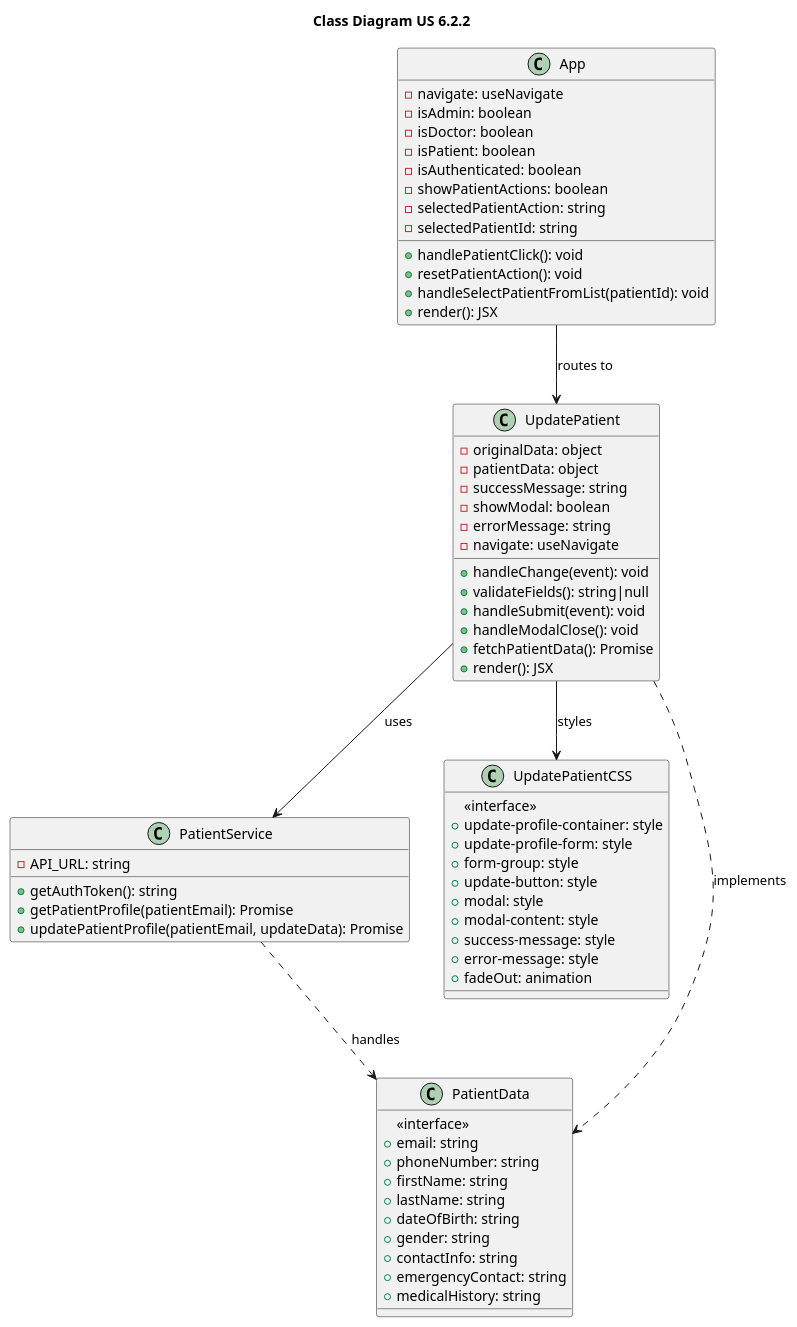
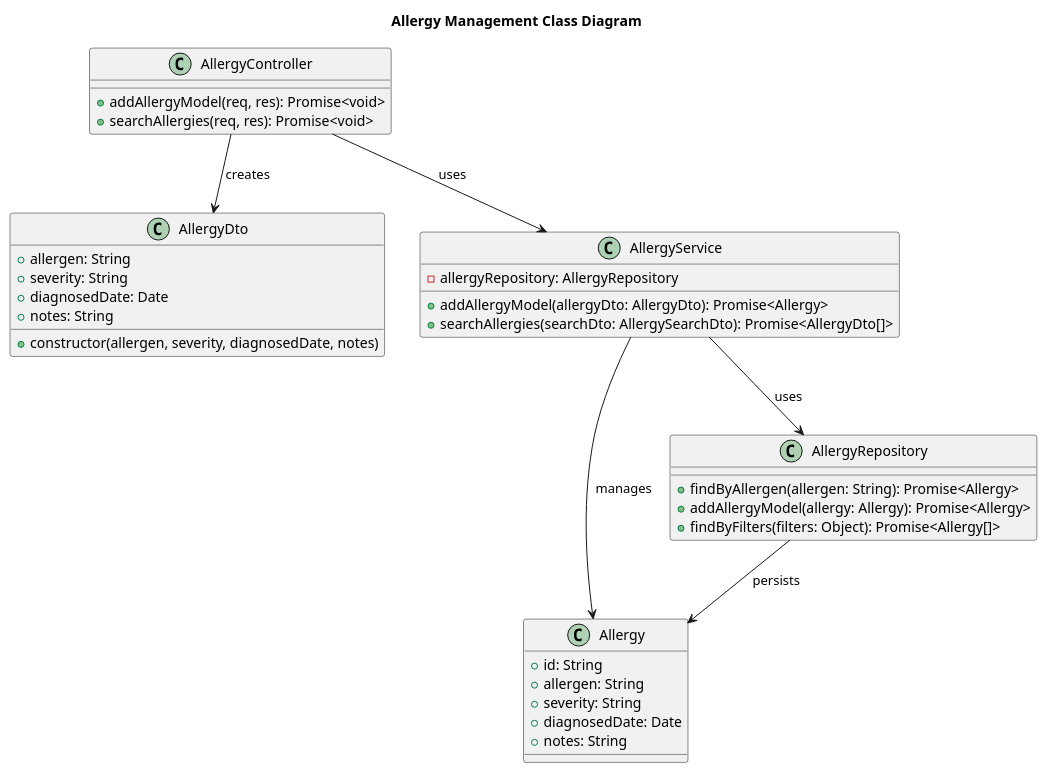
One commit to HugBar/3DC_G17 changed the diagram in docs/Sprint3/US 7.2.2/CD.puml. Above: the diagram before and after it, drawn with PlantUML. The commit also changed 5 other files, not shown here.

```diff
--- a/docs/Sprint3/US 7.2.2/CD.puml
+++ b/docs/Sprint3/US 7.2.2/CD.puml
@@ -1,73 +1,45 @@
-@startuml namespace class Diagram 
-title "Class Diagram US 6.2.2"
+@startuml
+title "Allergy Management Class Diagram"
 
-class UpdatePatient {
-        -originalData: object
-        -patientData: object
-        -successMessage: string
-        -showModal: boolean
-        -errorMessage: string
-        -navigate: useNavigate
-        +handleChange(event): void
-        +validateFields(): string|null
-        +handleSubmit(event): void
-        +handleModalClose(): void
-        +fetchPatientData(): Promise
-        +render(): JSX
-    }
+class AllergyDto {
+    +allergen: String
+    +severity: String
+    +diagnosedDate: Date
+    +notes: String
+    +constructor(allergen, severity, diagnosedDate, notes)
+}
 
-    class PatientService {
-        -API_URL: string
-        +getAuthToken(): string
-        +getPatientProfile(patientEmail): Promise
-        +updatePatientProfile(patientEmail, updateData): Promise
-    }
+class AllergyController {
+    +addAllergyModel(req, res): Promise<void>
+    +searchAllergies(req, res): Promise<void>
+}
 
-    class UpdatePatientCSS {
-        <<interface>>
-        +update-profile-container: style
-        +update-profile-form: style
-        +form-group: style
-        +update-button: style
-        +modal: style
-        +modal-content: style
-        +success-message: style
-        +error-message: style
-        +fadeOut: animation
-    }
+class AllergyService {
+    -allergyRepository: AllergyRepository
+    +addAllergyModel(allergyDto: AllergyDto): Promise<Allergy>
+    +searchAllergies(searchDto: AllergySearchDto): Promise<AllergyDto[]>
+}
 
-    class App {
-        -navigate: useNavigate
-        -isAdmin: boolean
-        -isDoctor: boolean
-        -isPatient: boolean
-        -isAuthenticated: boolean
-        -showPatientActions: boolean
-        -selectedPatientAction: string
-        -selectedPatientId: string
-        +handlePatientClick(): void
-        +resetPatientAction(): void
-        +handleSelectPatientFromList(patientId): void
-        +render(): JSX
-    }
+class Allergy {
+    +id: String
+    +allergen: String
+    +severity: String
+    +diagnosedDate: Date
+    +notes: String
+}
 
-    class PatientData {
-        <<interface>>
-        +email: string
-        +phoneNumber: string
-        +firstName: string
-        +lastName: string
-        +dateOfBirth: string
-        +gender: string
-        +contactInfo: string
-        +emergencyContact: string
-        +medicalHistory: string
-    }
+class AllergyRepository {
+    +findByAllergen(allergen: String): Promise<Allergy>
+    +addAllergyModel(allergy: Allergy): Promise<Allergy>
+    +findByFilters(filters: Object): Promise<Allergy[]>
+}
 
-    UpdatePatient --> PatientService : uses
-    UpdatePatient --> UpdatePatientCSS : styles
-    UpdatePatient ..> PatientData : implements
-    App --> UpdatePatient : routes to
-    PatientService ..> PatientData : handles
-    
+
+
+AllergyController --> AllergyService: uses
+AllergyController --> AllergyDto: creates
+AllergyService --> AllergyRepository: uses
+AllergyService --> Allergy: manages
+AllergyRepository --> Allergy: persists
+
 @enduml
```
